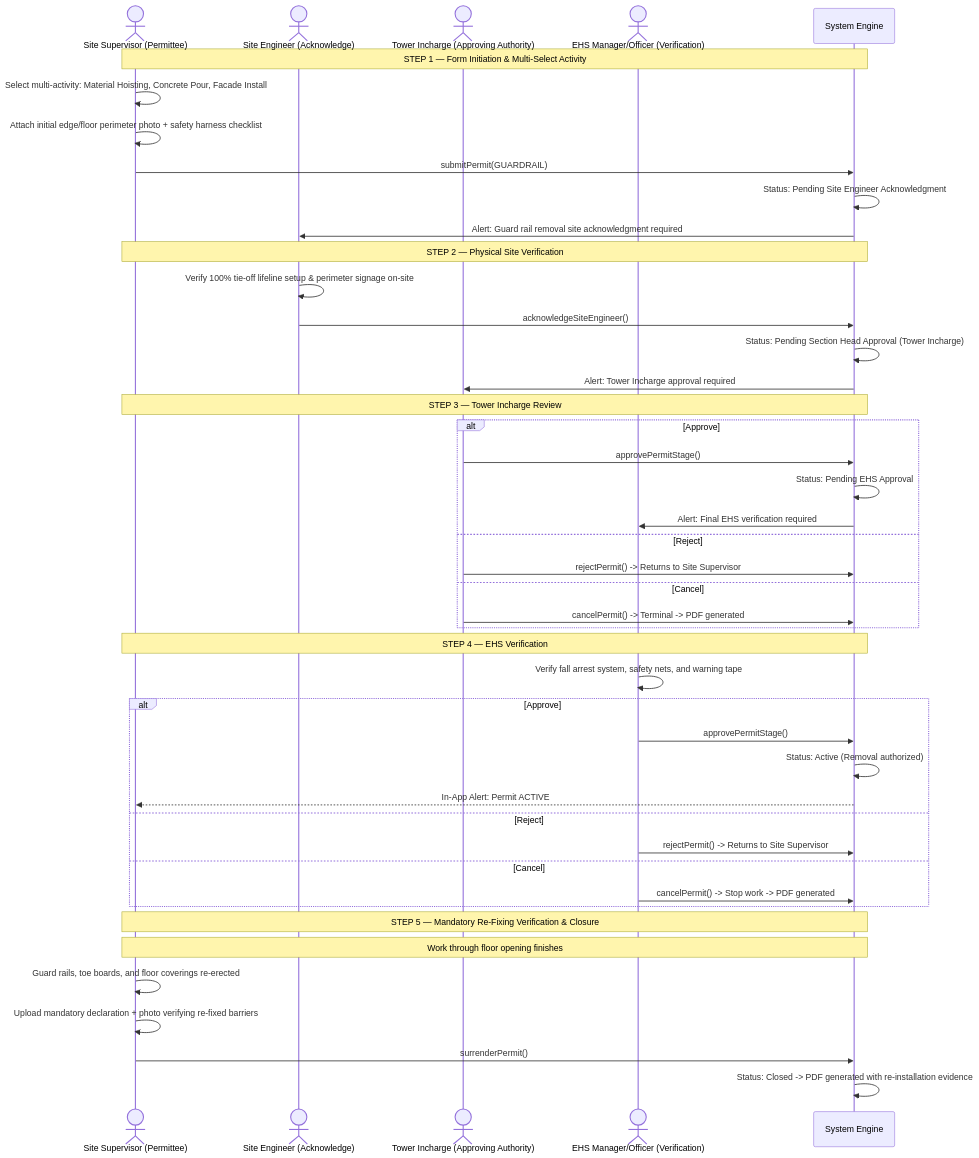
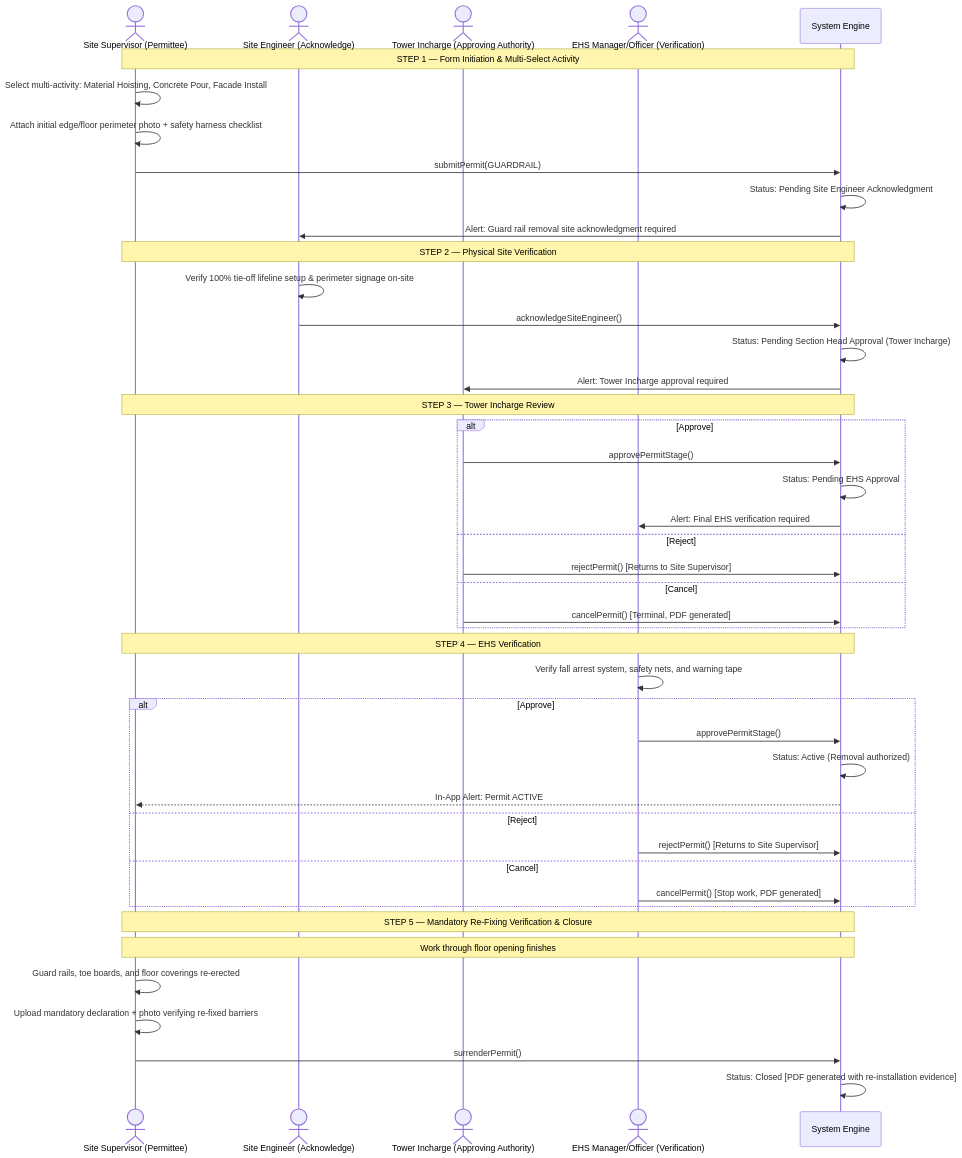
Diagram 16 of 32 in README.md (AuroGroupAutomationBot/ARPL-EHS-Demo), drawn with Mermaid before and after one commit. The commit also changed other lines of this file, not shown here.

````diff
--- a/README.md
+++ b/README.md
@@ -1381,51 +1391,51 @@
 ```mermaid
 sequenceDiagram
     actor SS as Site Supervisor (Permittee)
     actor SE as Site Engineer (Acknowledge)
     actor TI as Tower Incharge (Approving Authority)
     actor EHS as EHS Manager/Officer (Verification)
     participant SYS as System Engine
 
     Note over SS,SYS: STEP 1 — Form Initiation & Multi-Select Activity
     SS->>SS: Select multi-activity: Material Hoisting, Concrete Pour, Facade Install
     SS->>SS: Attach initial edge/floor perimeter photo + safety harness checklist
     SS->>SYS: submitPermit(GUARDRAIL)
     SYS->>SYS: Status: Pending Site Engineer Acknowledgment
     SYS->>SE: Alert: Guard rail removal site acknowledgment required
 
     Note over SS,SYS: STEP 2 — Physical Site Verification
     SE->>SE: Verify 100% tie-off lifeline setup & perimeter signage on-site
     SE->>SYS: acknowledgeSiteEngineer()
     SYS->>SYS: Status: Pending Section Head Approval (Tower Incharge)
     SYS->>TI: Alert: Tower Incharge approval required
 
     Note over SS,SYS: STEP 3 — Tower Incharge Review
     alt Approve
         TI->>SYS: approvePermitStage()
         SYS->>SYS: Status: Pending EHS Approval
         SYS->>EHS: Alert: Final EHS verification required
     else Reject
-        TI->>SYS: rejectPermit() -> Returns to Site Supervisor
+        TI->>SYS: rejectPermit() [Returns to Site Supervisor]
     else Cancel
-        TI->>SYS: cancelPermit() -> Terminal -> PDF generated
+        TI->>SYS: cancelPermit() [Terminal, PDF generated]
     end
 
     Note over SS,SYS: STEP 4 — EHS Verification
     EHS->>EHS: Verify fall arrest system, safety nets, and warning tape
     alt Approve
         EHS->>SYS: approvePermitStage()
         SYS->>SYS: Status: Active (Removal authorized)
         SYS-->>SS: In-App Alert: Permit ACTIVE
     else Reject
-        EHS->>SYS: rejectPermit() -> Returns to Site Supervisor
+        EHS->>SYS: rejectPermit() [Returns to Site Supervisor]
     else Cancel
-        EHS->>SYS: cancelPermit() -> Stop work -> PDF generated
+        EHS->>SYS: cancelPermit() [Stop work, PDF generated]
     end
 
     Note over SS,SYS: STEP 5 — Mandatory Re-Fixing Verification & Closure
     Note over SS,SYS: Work through floor opening finishes
     SS->>SS: Guard rails, toe boards, and floor coverings re-erected
     SS->>SS: Upload mandatory declaration + photo verifying re-fixed barriers
     SS->>SYS: surrenderPermit()
-    SYS->>SYS: Status: Closed -> PDF generated with re-installation evidence
+    SYS->>SYS: Status: Closed [PDF generated with re-installation evidence]
 ```
````
